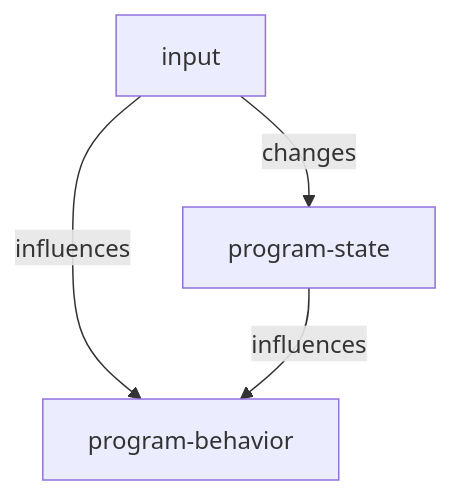
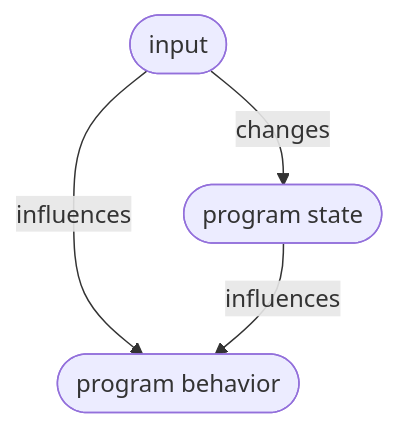
One commit to Trent-Fellbootman/dev000 changed the third of 4 diagrams in docs/programming-languages/overview.md. Above: the diagram before and after it, drawn with Mermaid. The commit also changed other lines of this file and 3 other files, not shown here.

Commit message:
Update mermaid blocks for better idioms

````diff
--- a/docs/programming-languages/overview.md
+++ b/docs/programming-languages/overview.md
@@ -328,7 +328,7 @@
 ```mermaid
 graph TD
 
-    input -->|changes| program-state
-    input -->|influences| program-behavior
-    program-state -->|influences| program-behavior
+    I([input]) -->|changes| P([program state])
+    I -->|influences| B([program behavior])
+    P -->|influences| B
 ```
````
